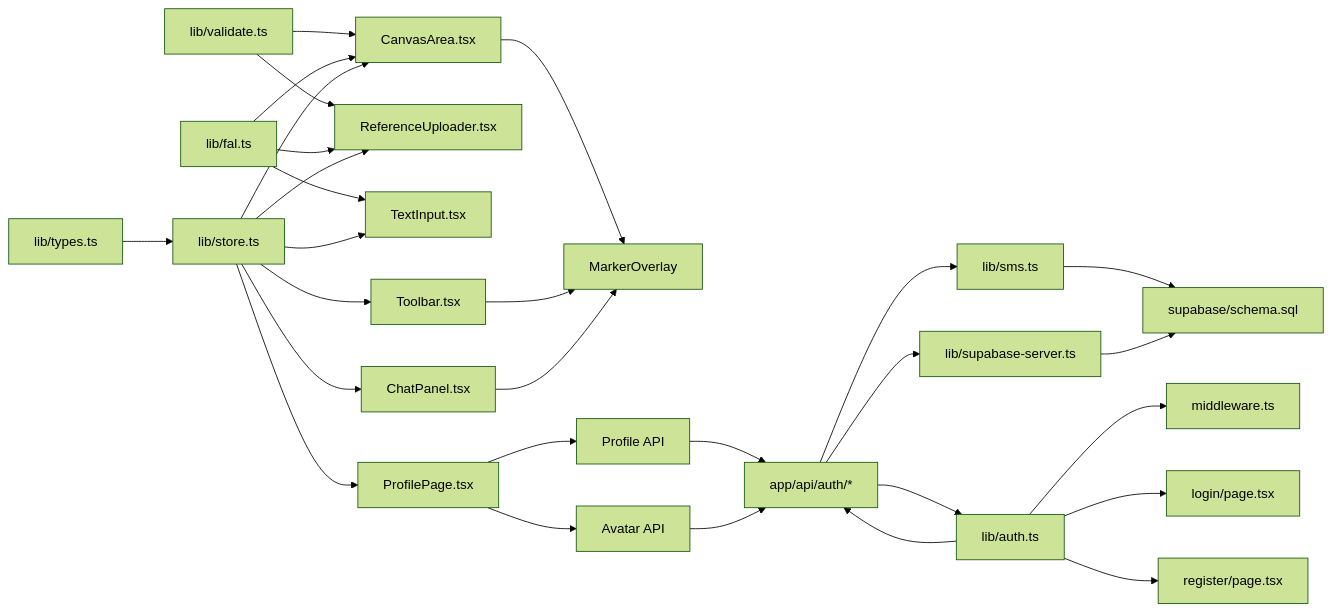
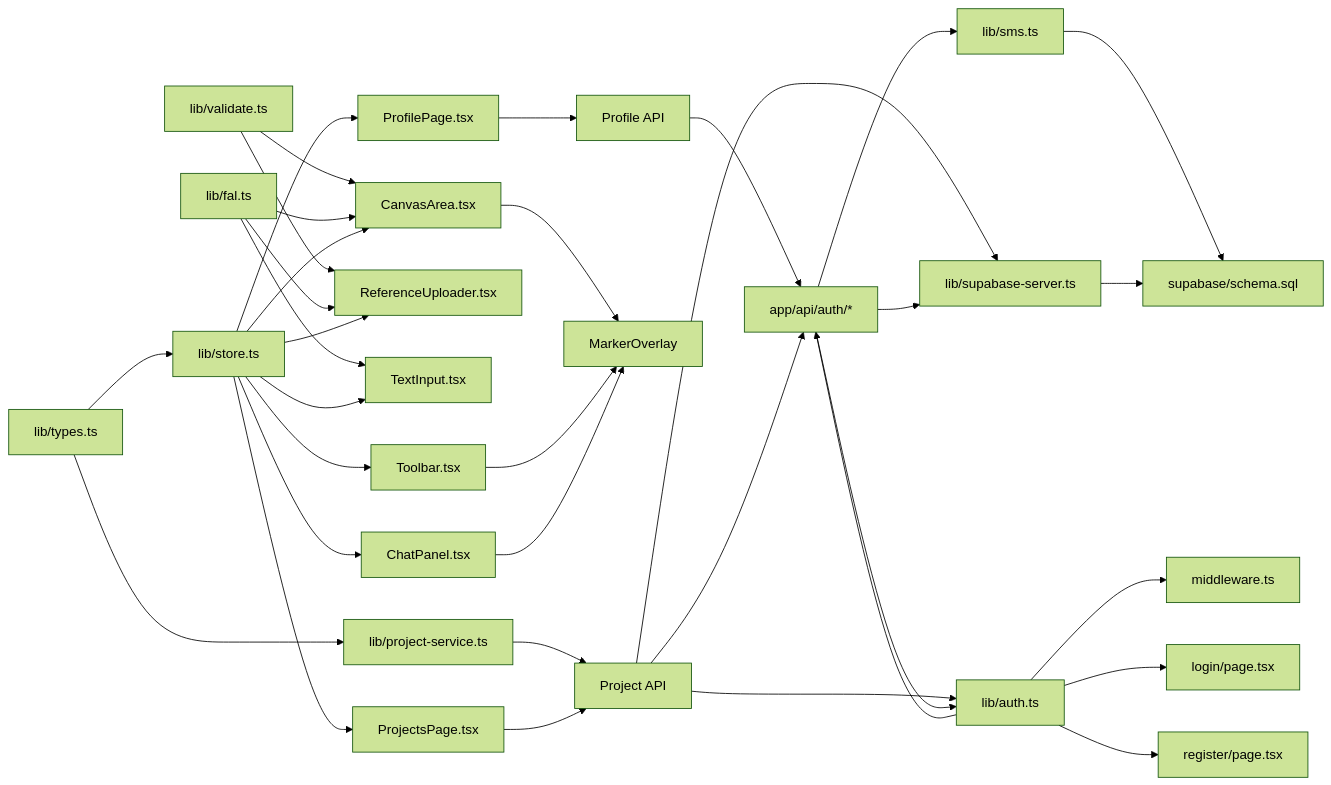
Before and after one commit to billye220670/BananaFlow2: diagram 12 of 12 in .qoder/repowiki/zh/content/数据模型.md, drawn with Mermaid (forest theme). The commit also changed other lines of this file and 17 other files, not shown here.

First line of the commit message:
refactor: shimmer单元素架构重构，统一图片URL为Supabase单一来源

````diff
--- a/.qoder/repowiki/zh/content/数据模型.md
+++ b/.qoder/repowiki/zh/content/数据模型.md
@@ -794,31 +978,36 @@
 ```mermaid
 graph LR
 Types["lib/types.ts"] --> Store["lib/store.ts"]
+Types --> ProjectService["lib/project-service.ts"]
 Auth["lib/auth.ts"] --> Middleware["middleware.ts"]
 SMS["lib/sms.ts"] --> DB["supabase/schema.sql"]
 Supabase["lib/supabase-server.ts"] --> DB
 Validate["lib/validate.ts"] --> Canvas["CanvasArea.tsx"]
 Validate --> RefUp["ReferenceUploader.tsx"]
 FAL["lib/fal.ts"] --> Canvas
 FAL --> RefUp
 FAL --> Text["TextInput.tsx"]
 Store --> Canvas
 Store --> RefUp
 Store --> Text
 Store --> Toolbar["Toolbar.tsx"]
 Store --> ChatPanel["ChatPanel.tsx"]
 Store --> Profile["ProfilePage.tsx"]
+Store --> Projects["ProjectsPage.tsx"]
+ProjectService --> ProjectsAPI["Project API"]
 Canvas --> MarkerOverlay["MarkerOverlay"]
 Toolbar --> MarkerOverlay
 ChatPanel --> MarkerOverlay
 Profile --> ProfileAPI["Profile API"]
-Profile --> AvatarAPI["Avatar API"]
+Projects --> ProjectsAPI
+ProjectsAPI --> Supabase
+ProjectsAPI --> Auth
 Auth --> Login["login/page.tsx"]
 Auth --> Register["register/page.tsx"]
 Auth --> API["app/api/auth/*"]
 ProfileAPI --> API
-AvatarAPI --> API
+ProjectsAPI --> API
 API --> Supabase
 API --> SMS
 API --> Auth
 ```
````
